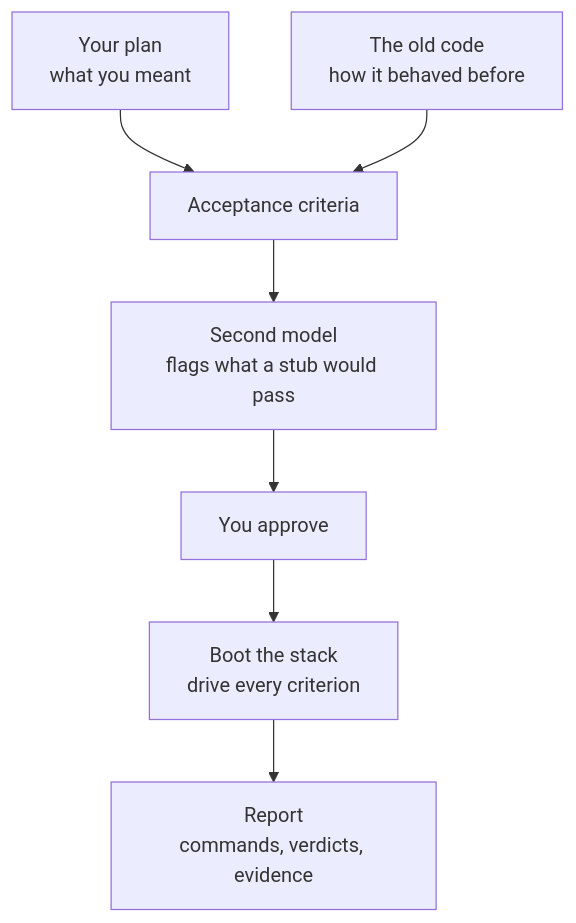
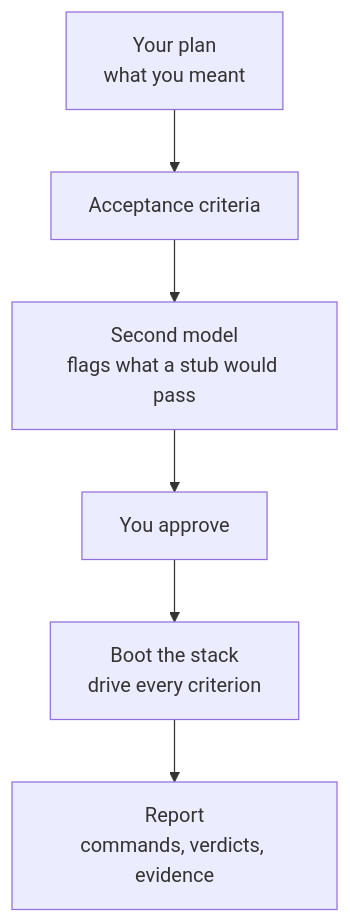
One commit to opslane/verify changed the first of 2 diagrams in docs/talk/README.md. Above: the diagram before and after it, drawn with Mermaid.

````diff
--- a/docs/talk/README.md
+++ b/docs/talk/README.md
@@ -38,14 +38,11 @@
 ```mermaid
 flowchart TD
     plan["Your plan<br>what you meant"]
-    old["The old code<br>how it behaved before"]
     ac["Acceptance criteria"]
     codex["Second model<br>flags what a stub would pass"]
     you["You approve"]
     run["Boot the stack<br>drive every criterion"]
     rep["Report<br>commands, verdicts, evidence"]
 
-    plan --> ac
-    old --> ac
-    ac --> codex --> you --> run --> rep
+    plan --> ac --> codex --> you --> run --> rep
 ```
````
